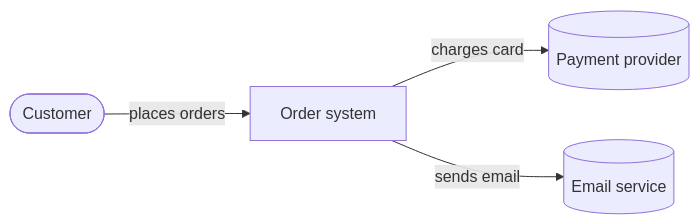
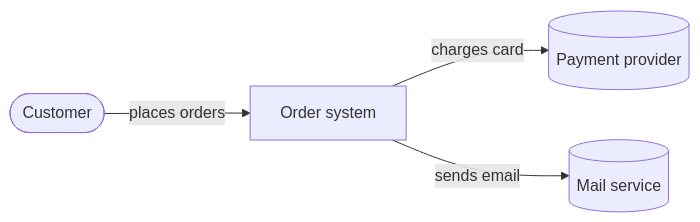
One commit to sixer0/AI-Knowledge-Library changed the first of 5 diagrams in 4 Knowledge Bank/sdlc/G3-architecture-overview-card.md. Above: the diagram before and after it, drawn with Mermaid.

Commit message:
fix(sdlc): ganti label diagram G3 agar lolos pindai edisi
Label Mermaid "Email service" cocok dengan pola pindai data pribadi edisi
umum. Label diganti "Mail service"; isi kartu lain tidak berubah.

````diff
--- a/4 Knowledge Bank/sdlc/G3-architecture-overview-card.md
+++ b/4 Knowledge Bank/sdlc/G3-architecture-overview-card.md
@@ -42,6 +42,6 @@
 ```mermaid
 flowchart LR
   user([Customer]) -->|places orders| shop[Order system]
   shop -->|charges card| pay[(Payment provider)]
-  shop -->|sends email| mail[(Email service)]
+  shop -->|sends email| mail[(Mail service)]
 ```
````
